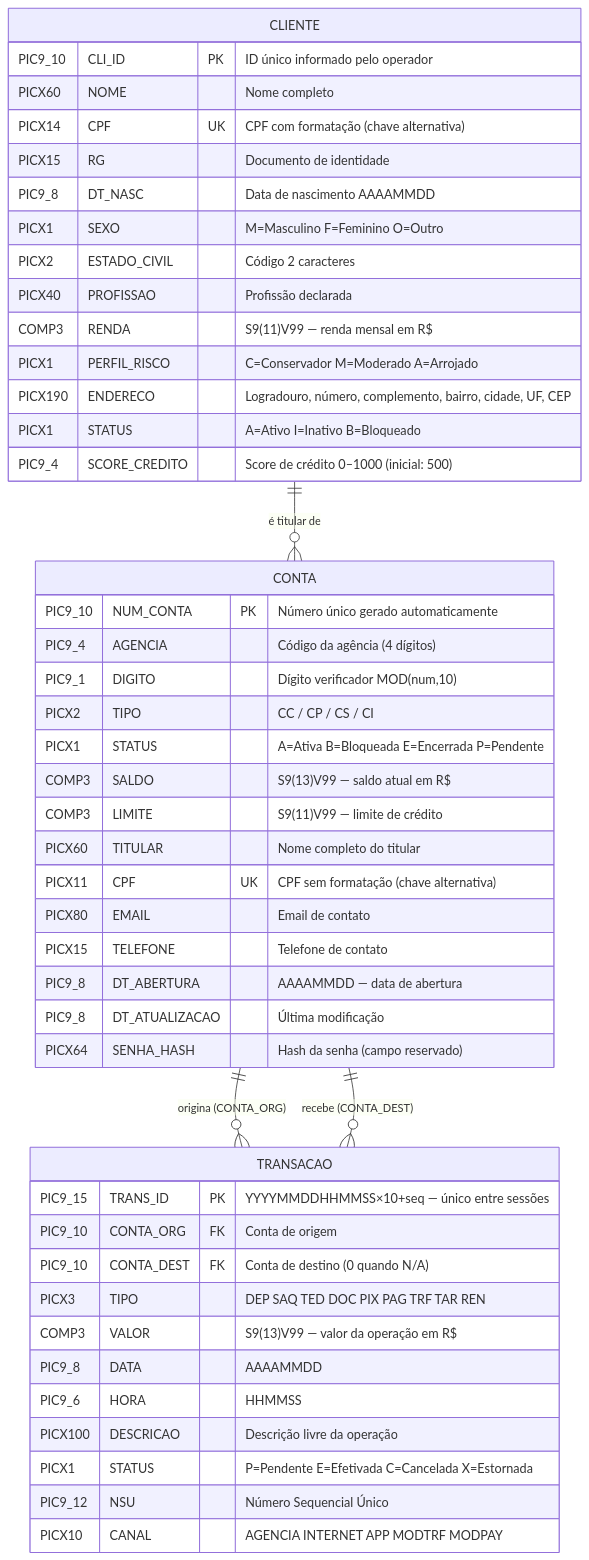
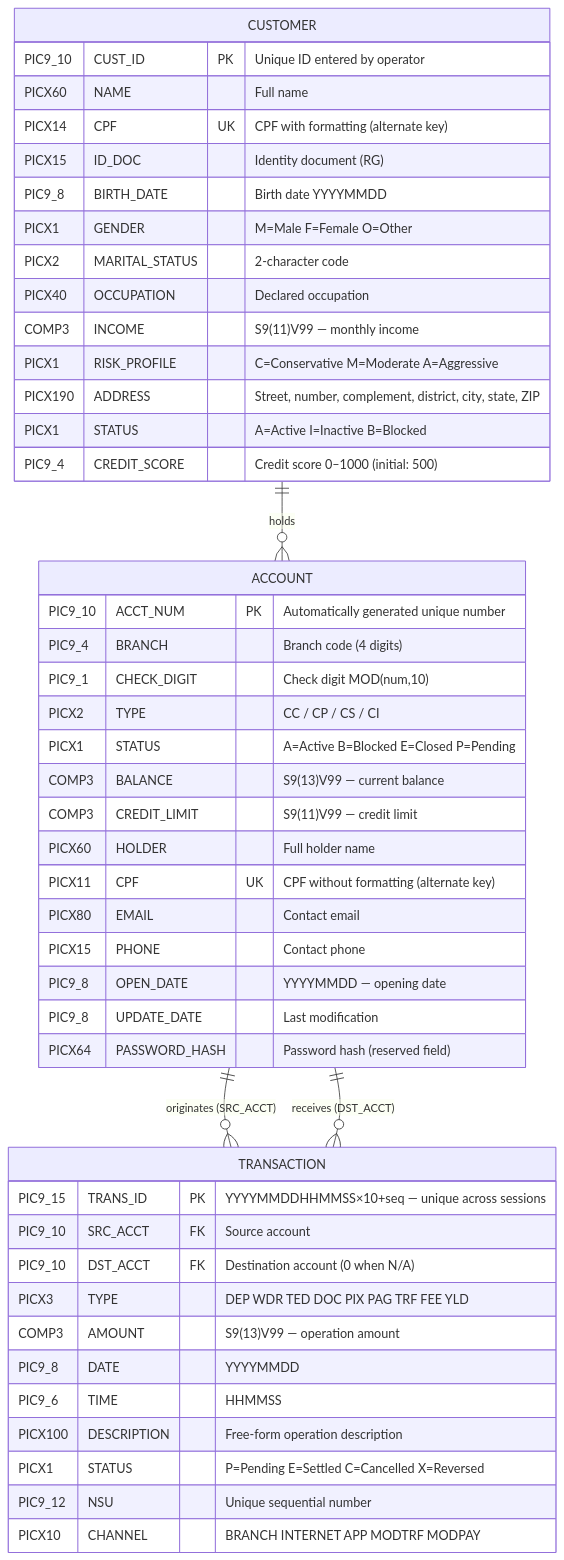
One commit to VictorHJesusSantiago/bank_system changed the fifth of 11 diagrams in README.md. Above: the diagram before and after it, drawn with Mermaid. The commit also changed other lines of this file and 2 other files, not shown here.

````diff
--- a/README.md
+++ b/README.md
@@ -820,53 +826,53 @@
 ```mermaid
 erDiagram
-    CONTA {
-        PIC9_10   NUM_CONTA       PK  "Número único gerado automaticamente"
-        PIC9_4    AGENCIA             "Código da agência (4 dígitos)"
-        PIC9_1    DIGITO              "Dígito verificador MOD(num,10)"
-        PICX2     TIPO                "CC / CP / CS / CI"
-        PICX1     STATUS              "A=Ativa B=Bloqueada E=Encerrada P=Pendente"
-        COMP3     SALDO               "S9(13)V99 — saldo atual em R$"
-        COMP3     LIMITE              "S9(11)V99 — limite de crédito"
-        PICX60    TITULAR             "Nome completo do titular"
-        PICX11    CPF             UK  "CPF sem formatação (chave alternativa)"
-        PICX80    EMAIL               "Email de contato"
-        PICX15    TELEFONE            "Telefone de contato"
-        PIC9_8    DT_ABERTURA         "AAAAMMDD — data de abertura"
-        PIC9_8    DT_ATUALIZACAO      "Última modificação"
-        PICX64    SENHA_HASH          "Hash da senha (campo reservado)"
+    ACCOUNT {
+        PIC9_10   ACCT_NUM        PK  "Automatically generated unique number"
+        PIC9_4    BRANCH              "Branch code (4 digits)"
+        PIC9_1    CHECK_DIGIT         "Check digit MOD(num,10)"
+        PICX2     TYPE                "CC / CP / CS / CI"
+        PICX1     STATUS              "A=Active B=Blocked E=Closed P=Pending"
+        COMP3     BALANCE             "S9(13)V99 — current balance"
+        COMP3     CREDIT_LIMIT        "S9(11)V99 — credit limit"
+        PICX60    HOLDER              "Full holder name"
+        PICX11    CPF             UK  "CPF without formatting (alternate key)"
+        PICX80    EMAIL               "Contact email"
+        PICX15    PHONE               "Contact phone"
+        PIC9_8    OPEN_DATE           "YYYYMMDD — opening date"
+        PIC9_8    UPDATE_DATE         "Last modification"
+        PICX64    PASSWORD_HASH       "Password hash (reserved field)"
     }
 
-    TRANSACAO {
-        PIC9_15   TRANS_ID        PK  "YYYYMMDDHHMMSS×10+seq — único entre sessões"
-        PIC9_10   CONTA_ORG       FK  "Conta de origem"
-        PIC9_10   CONTA_DEST      FK  "Conta de destino (0 quando N/A)"
-        PICX3     TIPO                "DEP SAQ TED DOC PIX PAG TRF TAR REN"
-        COMP3     VALOR               "S9(13)V99 — valor da operação em R$"
-        PIC9_8    DATA                "AAAAMMDD"
-        PIC9_6    HORA                "HHMMSS"
-        PICX100   DESCRICAO           "Descrição livre da operação"
-        PICX1     STATUS              "P=Pendente E=Efetivada C=Cancelada X=Estornada"
-        PIC9_12   NSU                 "Número Sequencial Único"
-        PICX10    CANAL               "AGENCIA INTERNET APP MODTRF MODPAY"
+    TRANSACTION {
+        PIC9_15   TRANS_ID        PK  "YYYYMMDDHHMMSS×10+seq — unique across sessions"
+        PIC9_10   SRC_ACCT        FK  "Source account"
+        PIC9_10   DST_ACCT        FK  "Destination account (0 when N/A)"
+        PICX3     TYPE                "DEP WDR TED DOC PIX PAG TRF FEE YLD"
+        COMP3     AMOUNT              "S9(13)V99 — operation amount"
+        PIC9_8    DATE                "YYYYMMDD"
+        PIC9_6    TIME                "HHMMSS"
+        PICX100   DESCRIPTION         "Free-form operation description"
+        PICX1     STATUS              "P=Pending E=Settled C=Cancelled X=Reversed"
+        PIC9_12   NSU                 "Unique sequential number"
+        PICX10    CHANNEL             "BRANCH INTERNET APP MODTRF MODPAY"
     }
 
-    CLIENTE {
-        PIC9_10   CLI_ID          PK  "ID único informado pelo operador"
-        PICX60    NOME                "Nome completo"
-        PICX14    CPF             UK  "CPF com formatação (chave alternativa)"
-        PICX15    RG                  "Documento de identidade"
-        PIC9_8    DT_NASC             "Data de nascimento AAAAMMDD"
-        PICX1     SEXO                "M=Masculino F=Feminino O=Outro"
-        PICX2     ESTADO_CIVIL        "Código 2 caracteres"
-        PICX40    PROFISSAO           "Profissão declarada"
-        COMP3     RENDA               "S9(11)V99 — renda mensal em R$"
-        PICX1     PERFIL_RISCO        "C=Conservador M=Moderado A=Arrojado"
-        PICX190   ENDERECO            "Logradouro, número, complemento, bairro, cidade, UF, CEP"
-        PICX1     STATUS              "A=Ativo I=Inativo B=Bloqueado"
-        PIC9_4    SCORE_CREDITO       "Score de crédito 0–1000 (inicial: 500)"
+    CUSTOMER {
+        PIC9_10   CUST_ID         PK  "Unique ID entered by operator"
+        PICX60    NAME                "Full name"
+        PICX14    CPF             UK  "CPF with formatting (alternate key)"
+        PICX15    ID_DOC              "Identity document (RG)"
+        PIC9_8    BIRTH_DATE          "Birth date YYYYMMDD"
+        PICX1     GENDER              "M=Male F=Female O=Other"
+        PICX2     MARITAL_STATUS      "2-character code"
+        PICX40    OCCUPATION          "Declared occupation"
+        COMP3     INCOME              "S9(11)V99 — monthly income"
+        PICX1     RISK_PROFILE        "C=Conservative M=Moderate A=Aggressive"
+        PICX190   ADDRESS             "Street, number, complement, district, city, state, ZIP"
+        PICX1     STATUS              "A=Active I=Inactive B=Blocked"
+        PIC9_4    CREDIT_SCORE        "Credit score 0–1000 (initial: 500)"
     }
 
-    CONTA ||--o{ TRANSACAO : "origina (CONTA_ORG)"
-    CONTA ||--o{ TRANSACAO : "recebe (CONTA_DEST)"
-    CLIENTE ||--o{ CONTA : "é titular de"
+    ACCOUNT ||--o{ TRANSACTION : "originates (SRC_ACCT)"
+    ACCOUNT ||--o{ TRANSACTION : "receives (DST_ACCT)"
+    CUSTOMER ||--o{ ACCOUNT : "holds"
 ```
````
